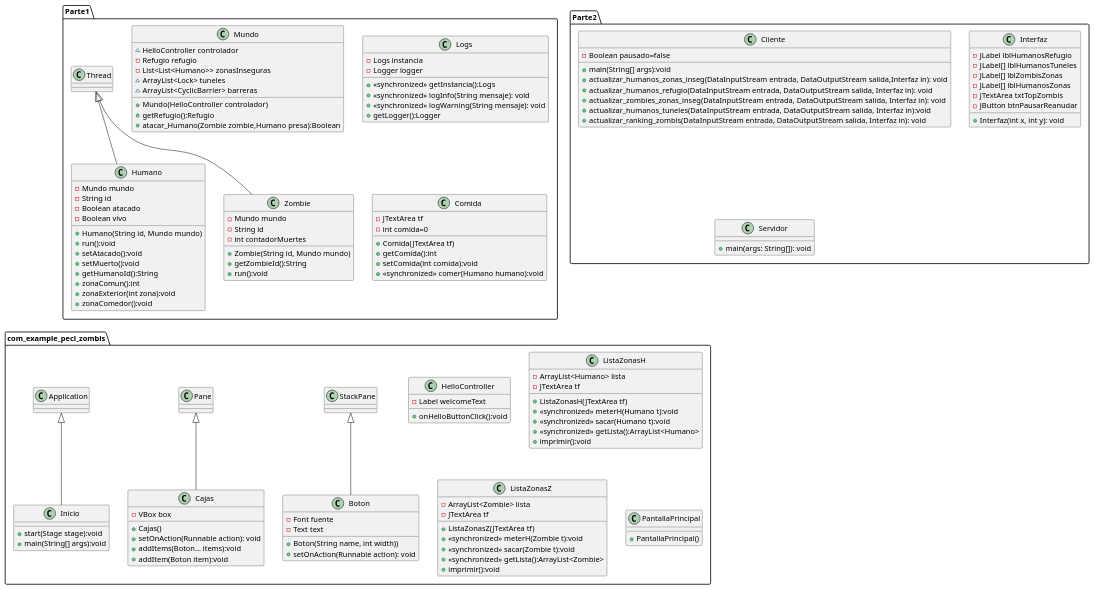
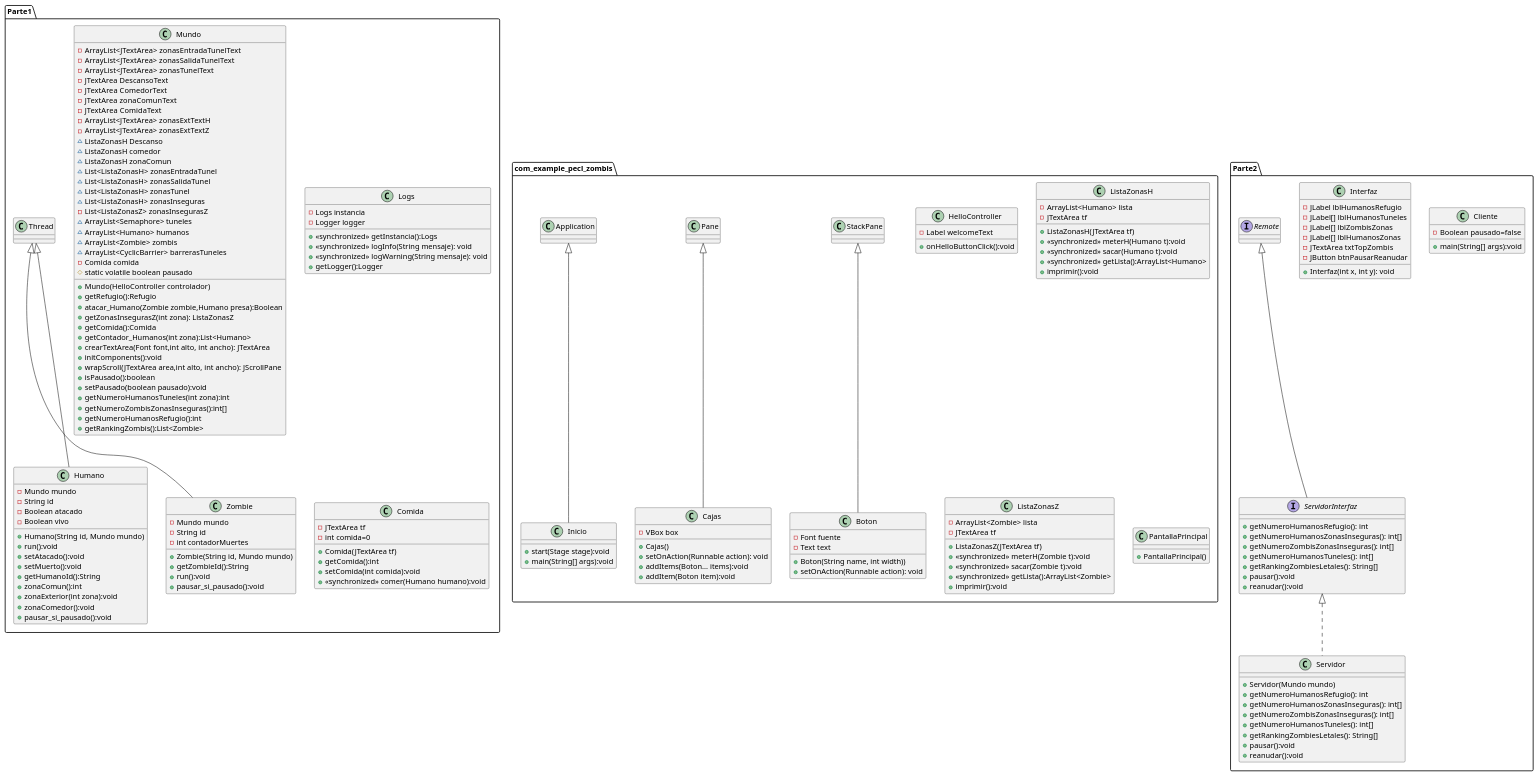
Before and after one commit to danieltello12/PECL_Zombis: the diagram in src/main/java/Apocalipsis.puml, drawn with PlantUML. The commit also changed 3 other files, not shown here.

```diff
--- a/src/main/java/Apocalipsis.puml
+++ b/src/main/java/Apocalipsis.puml
@@ -1,139 +1,185 @@
 @startuml
 'https://plantuml.com/class-diagram
 
 package Parte1{
 class Humano extends Thread{
     - Mundo mundo
     - String id
     - Boolean atacado
     - Boolean vivo
     +Humano(String id, Mundo mundo)
     +run():void
     +setAtacado():void
     +setMuerto():void
     +getHumanoId():String
     +zonaComun():int
     +zonaExterior(int zona):void
     +zonaComedor():void
+    +pausar_si_pausado():void
 }
 
 
 class Zombie extends Thread{
     - Mundo mundo
     - String id
     - int contadorMuertes
     +Zombie(String id, Mundo mundo)
     +getZombieId():String
     +run():void
+    +pausar_si_pausado():void
 }
 
 class Mundo{
-    ~HelloController controlador
-    -Refugio refugio
-    -List<List<Humano>> zonasInseguras
-    ~ArrayList<Lock> tuneles
-    ~ArrayList<CyclicBarrier> barreras
+    - ArrayList<JTextArea> zonasEntradaTunelText
+    - ArrayList<JTextArea> zonasSalidaTunelText
+    - ArrayList<JTextArea> zonasTunelText
+    - JTextArea DescansoText
+    - JTextArea ComedorText
+    - JTextArea zonaComunText
+    - JTextArea ComidaText
+    - ArrayList<JTextArea> zonasExtTextH
+    - ArrayList<JTextArea> zonasExtTextZ
+    ~ ListaZonasH Descanso
+    ~ ListaZonasH comedor
+    ~ ListaZonasH zonaComun
+    ~ List<ListaZonasH> zonasEntradaTunel
+    ~ List<ListaZonasH> zonasSalidaTunel
+    ~ List<ListaZonasH> zonasTunel
+    ~ List<ListaZonasH> zonasInseguras
+    - List<ListaZonasZ> zonasInsegurasZ
+    ~ ArrayList<Semaphore> tuneles
+    ~ ArrayList<Humano> humanos
+    ~ ArrayList<Zombie> zombis
+    ~ ArrayList<CyclicBarrier> barrerasTuneles
+    - Comida comida
+    # static volatile boolean pausado
+
     +Mundo(HelloController controlador)
     +getRefugio():Refugio
     +atacar_Humano(Zombie zombie,Humano presa):Boolean
+    +getZonasInsegurasZ(int zona): ListaZonasZ
+    +getComida():Comida
+    +getContador_Humanos(int zona):List<Humano>
+    +crearTextArea(Font font,int alto, int ancho): JTextArea
+    +initComponents():void
+    +wrapScroll(JTextArea area,int alto, int ancho): JScrollPane
+    +isPausado():boolean
+    +setPausado(boolean pausado):void
+    +getNumeroHumanosTuneles(int zona):int
+    +getNumeroZombisZonasInseguras():int[]
+    +getNumeroHumanosRefugio():int
+    +getRankingZombis():List<Zombie>
 
 
 }
 
 class Logs{
     -Logs instancia
     -Logger logger
     + «synchronized» getInstancia():Logs
     + «synchronized» logInfo(String mensaje): void
     + «synchronized» logWarning(String mensaje): void
     +getLogger():Logger
     }
 
 class Comida{
  -JTextArea tf
  -int comida=0
  +Comida(JTextArea tf)
  +getComida():int
  +setComida(int comida):void
  + «synchronized» comer(Humano humano):void
  }
 }
 package Parte2{
 class Cliente{
 -Boolean pausado=false
 +main(String[] args):void
-+actualizar_humanos_zonas_inseg(DataInputStream entrada, DataOutputStream salida,Interfaz in): void
-+actualizar_humanos_refugio(DataInputStream entrada, DataOutputStream salida, Interfaz in): void
-+actualizar_zombies_zonas_inseg(DataInputStream entrada, DataOutputStream salida, Interfaz in): void
-+actualizar_humanos_tuneles(DataInputStream entrada, DataOutputStream salida, Interfaz in):void
-+actualizar_ranking_zombis(DataInputStream entrada, DataOutputStream salida, Interfaz in): void
+
 }
 
 class Interfaz{
 - JLabel lblHumanosRefugio
 -JLabel[] lblHumanosTuneles
 -JLabel[] lblZombisZonas
 -JLabel[] lblHumanosZonas
 -JTextArea txtTopZombis
 -JButton btnPausarReanudar
 
 + Interfaz(int x, int y): void
 }
-class Servidor{
-+main(args: String[]): void
+class Servidor implements ServidorInterfaz{
++Servidor(Mundo mundo)
++getNumeroHumanosRefugio(): int
++getNumeroHumanosZonasInseguras(): int[]
++getNumeroZombisZonasInseguras(): int[]
++getNumeroHumanosTuneles(): int[]
++getRankingZombiesLetales(): String[]
++pausar():void
++reanudar():void
+}
+
+interface ServidorInterfaz extends Remote{
++getNumeroHumanosRefugio(): int
++getNumeroHumanosZonasInseguras(): int[]
++getNumeroZombisZonasInseguras(): int[]
++getNumeroHumanosTuneles(): int[]
++getRankingZombiesLetales(): String[]
++pausar():void
++reanudar():void
 }
 }
 
 
 package com_example_pecl_zombis{
 class Boton extends StackPane{
     - Font fuente
     - Text text
     +Boton(String name, int width))
     +setOnAction(Runnable action): void
     }
 class Cajas extends Pane{
     - VBox box
     +Cajas()
     +setOnAction(Runnable action): void
     +addItems(Boton... items):void
     +addItem(Boton item):void
     }
 class HelloController{
     -Label welcomeText
     +onHelloButtonClick():void
     }
 class Inicio extends Application{
     +start(Stage stage):void
     +main(String[] args):void
     }
 class ListaZonasH{
     -ArrayList<Humano> lista
     -JTextArea tf
     +ListaZonasH(JTextArea tf)
     + «synchronized» meterH(Humano t):void
     + «synchronized» sacar(Humano t):void
     + «synchronized» getLista():ArrayList<Humano>
     + imprimir():void
     }
 class ListaZonasZ{
     -ArrayList<Zombie> lista
     -JTextArea tf
     +ListaZonasZ(JTextArea tf)
     + «synchronized» meterH(Zombie t):void
     + «synchronized» sacar(Zombie t):void
     + «synchronized» getLista():ArrayList<Zombie>
     + imprimir():void
     }
 
 class PantallaPrincipal{
     +PantallaPrincipal()
 }
 
 
 
 
 
 
 
 @enduml
```
